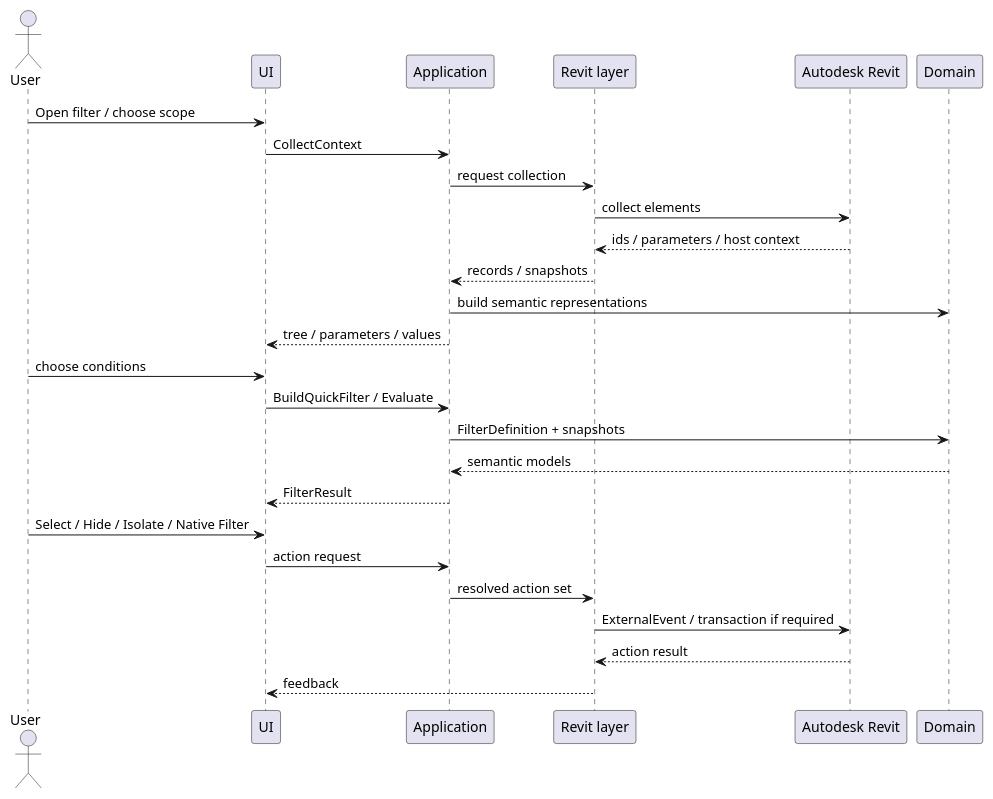
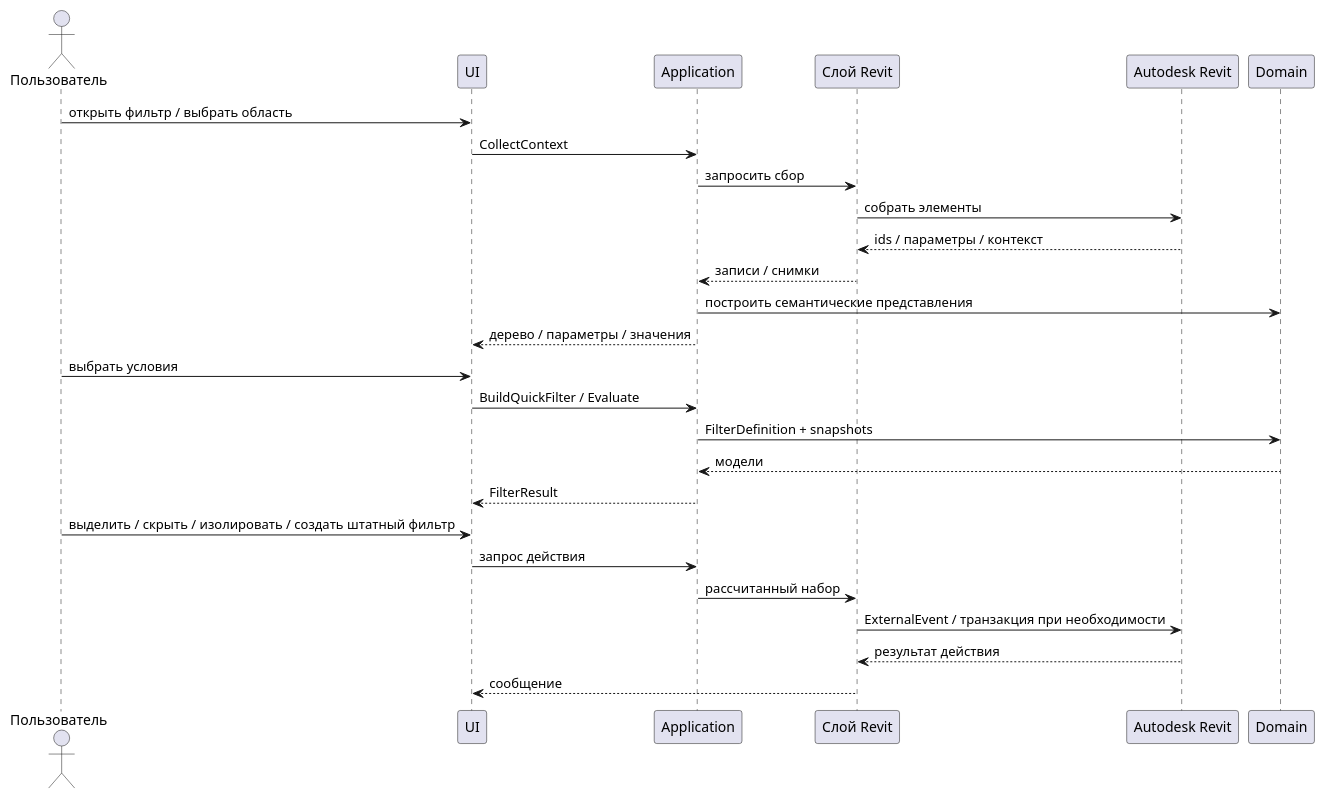
One commit to branch-danya-dev/revit-context-filter-analisys changed the diagram in system/flows/system-runtime.puml. Above: the diagram before and after it, drawn with PlantUML. The commit also changed 19 other files, not shown here.

```diff
--- a/system/flows/system-runtime.puml
+++ b/system/flows/system-runtime.puml
@@ -1,30 +1,30 @@
 @startuml
-actor User
+actor "Пользователь" as User
 participant UI
 participant Application
-participant RevitLayer as "Revit layer"
+participant RevitLayer as "Слой Revit"
 participant Revit as "Autodesk Revit"
 participant Domain
 
-User -> UI : Open filter / choose scope
+User -> UI : открыть фильтр / выбрать область
 UI -> Application : CollectContext
-Application -> RevitLayer : request collection
-RevitLayer -> Revit : collect elements
-Revit --> RevitLayer : ids / parameters / host context
-RevitLayer --> Application : records / snapshots
-Application -> Domain : build semantic representations
-Application --> UI : tree / parameters / values
+Application -> RevitLayer : запросить сбор
+RevitLayer -> Revit : собрать элементы
+Revit --> RevitLayer : ids / параметры / контекст
+RevitLayer --> Application : записи / снимки
+Application -> Domain : построить семантические представления
+Application --> UI : дерево / параметры / значения
 
-User -> UI : choose conditions
+User -> UI : выбрать условия
 UI -> Application : BuildQuickFilter / Evaluate
 Application -> Domain : FilterDefinition + snapshots
-Domain --> Application : semantic models
+Domain --> Application : модели
 Application --> UI : FilterResult
 
-User -> UI : Select / Hide / Isolate / Native Filter
-UI -> Application : action request
-Application -> RevitLayer : resolved action set
-RevitLayer -> Revit : ExternalEvent / transaction if required
-Revit --> RevitLayer : action result
-RevitLayer --> UI : feedback
+User -> UI : выделить / скрыть / изолировать / создать штатный фильтр
+UI -> Application : запрос действия
+Application -> RevitLayer : рассчитанный набор
+RevitLayer -> Revit : ExternalEvent / транзакция при необходимости
+Revit --> RevitLayer : результат действия
+RevitLayer --> UI : сообщение
 @enduml
```
